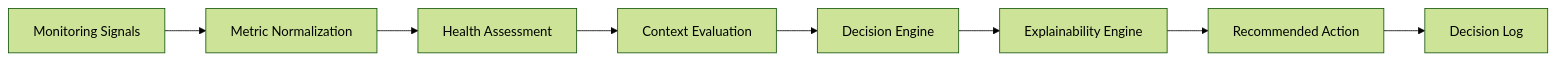
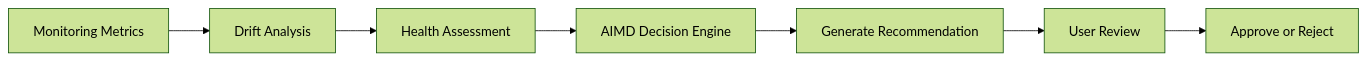
One commit to shailendrasinghrathore369/PhoenixML changed the first of 3 diagrams in docs/02-decision-engine.md. Above: the diagram before and after it, drawn with Mermaid (forest theme). The commit also changed other lines of this file and 6 other files, not shown here.

````diff
--- a/docs/02-decision-engine.md
+++ b/docs/02-decision-engine.md
@@ -46,20 +121,11 @@
 ```mermaid
 flowchart LR
 
-A[Monitoring Signals]
-B[Metric Normalization]
-C[Health Assessment]
-D[Context Evaluation]
-E[Decision Engine]
-F[Explainability Engine]
-G[Recommended Action]
-H[Decision Log]
-
-A --> B
-B --> C
-C --> D
-D --> E
-E --> F
-F --> G
-G --> H
+A[Monitoring Metrics]
+--> B[Drift Analysis]
+--> C[Health Assessment]
+--> D[AIMD Decision Engine]
+--> E[Generate Recommendation]
+--> F[User Review]
+--> G[Approve or Reject]
 ```
````
